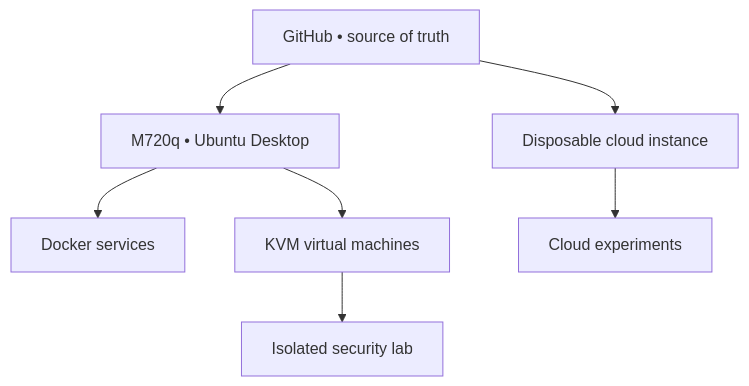
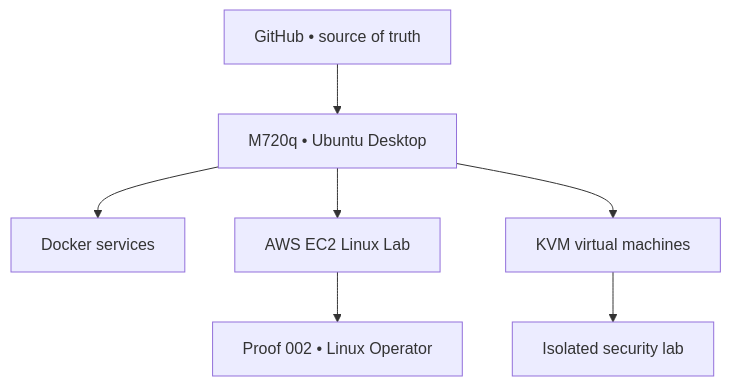
Before and after one commit to Vewiser/vision-node-prototype: the diagram in README.md, drawn with Mermaid. The commit also changed other lines of this file, not shown here.

Commit message:
docs: add EC2 Linux Mastery to Vision Node roadmap

````diff
--- a/README.md
+++ b/README.md
@@ -40,9 +43,9 @@
 ```mermaid
 flowchart TD
     G["GitHub • source of truth"] --> U["M720q • Ubuntu Desktop"]
-    G --> C["Disposable cloud instance"]
     U --> D["Docker services"]
+    U --> A["AWS EC2 Linux Lab"]
     U --> V["KVM virtual machines"]
+    A --> P["Proof 002 • Linux Operator"]
     V --> S["Isolated security lab"]
-    C --> E["Cloud experiments"]
 ```
````
